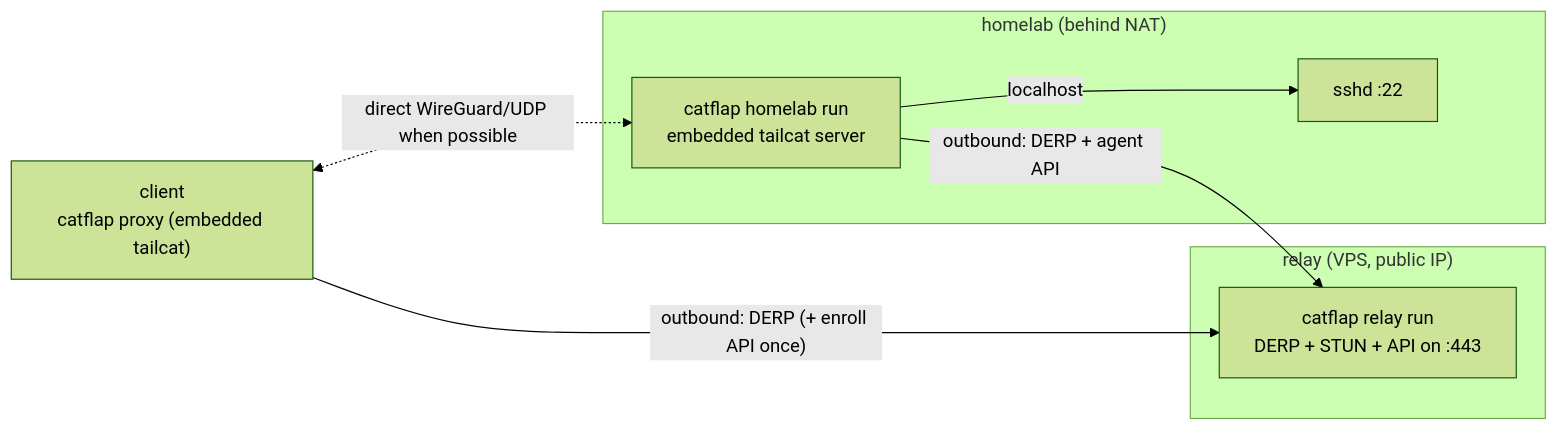
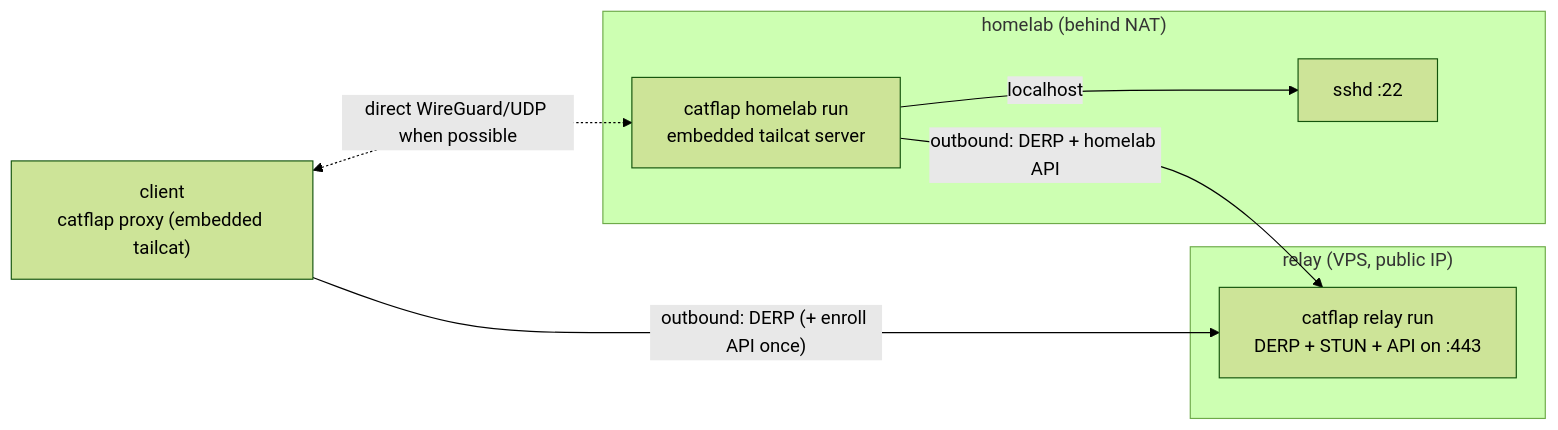
One commit to PaddeK/catflap changed the diagram in docs/design.md. Above: the diagram before and after it, drawn with Mermaid (forest theme). The commit also changed other lines of this file and 14 other files, not shown here.

````diff
--- a/docs/design.md
+++ b/docs/design.md
@@ -38,15 +76,15 @@
 ```mermaid
 flowchart LR
     subgraph VPS["relay (VPS, public IP)"]
         R["catflap relay run<br/>DERP + STUN + API on :443"]
     end
     subgraph HOME["homelab (behind NAT)"]
         H["catflap homelab run<br/>embedded tailcat server"]
         S[sshd :22]
         H -- "localhost" --> S
     end
     C["client<br/>catflap proxy (embedded tailcat)"]
-    H -- "outbound: DERP + agent API" --> R
+    H -- "outbound: DERP + homelab API" --> R
     C -- "outbound: DERP (+ enroll API once)" --> R
     C <-. "direct WireGuard/UDP when possible" .-> H
 ```
````
